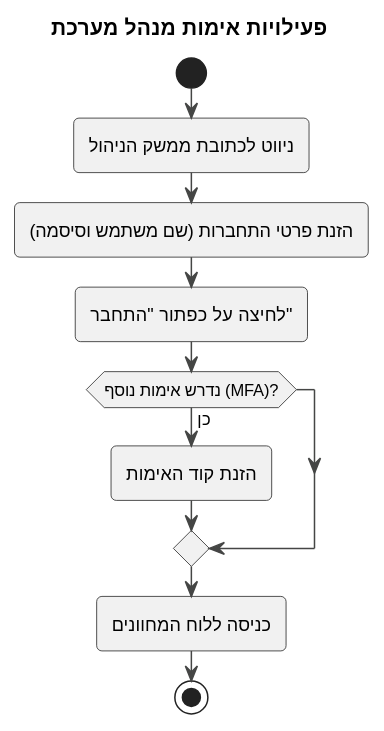
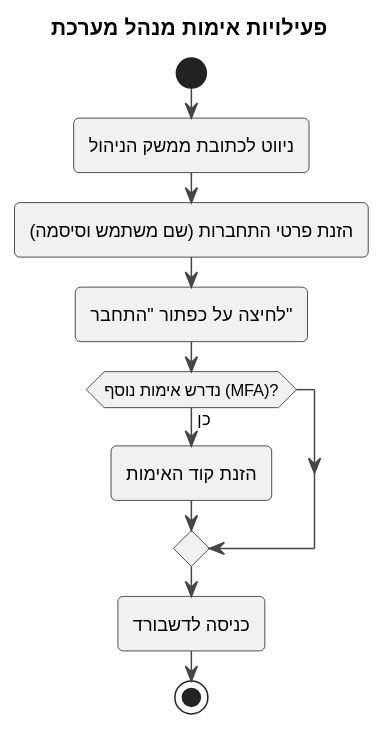
Before and after one commit to Arado3333/PageByPage_Israel_Arad: the diagram in UML/Activity/Admin/ADM-UC-01.puml, drawn with PlantUML. The commit also changed 13 other files, not shown here.

```diff
--- a/UML/Activity/Admin/ADM-UC-01.puml
+++ b/UML/Activity/Admin/ADM-UC-01.puml
@@ -1,19 +1,19 @@
 @startuml
 !theme vibrant
 
 title פעילויות אימות מנהל מערכת
 
 start
 :ניווט לכתובת ממשק הניהול;
 :הזנת פרטי התחברות (שם משתמש וסיסמה);
 :לחיצה על כפתור "התחבר";
 
 if (נדרש אימות נוסף (MFA)?) then (כן)
   :הזנת קוד האימות;
 endif
 
-:כניסה ללוח המחוונים;
+:כניסה לדשבורד;
 
 stop
 
 @enduml
```
